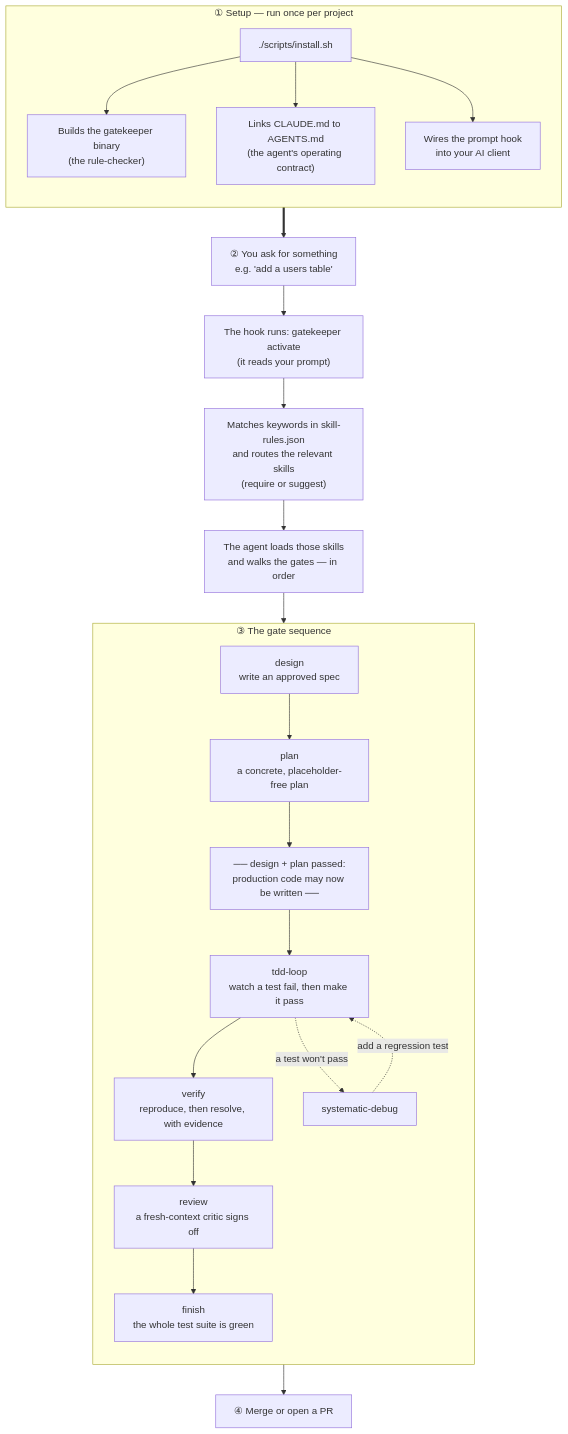
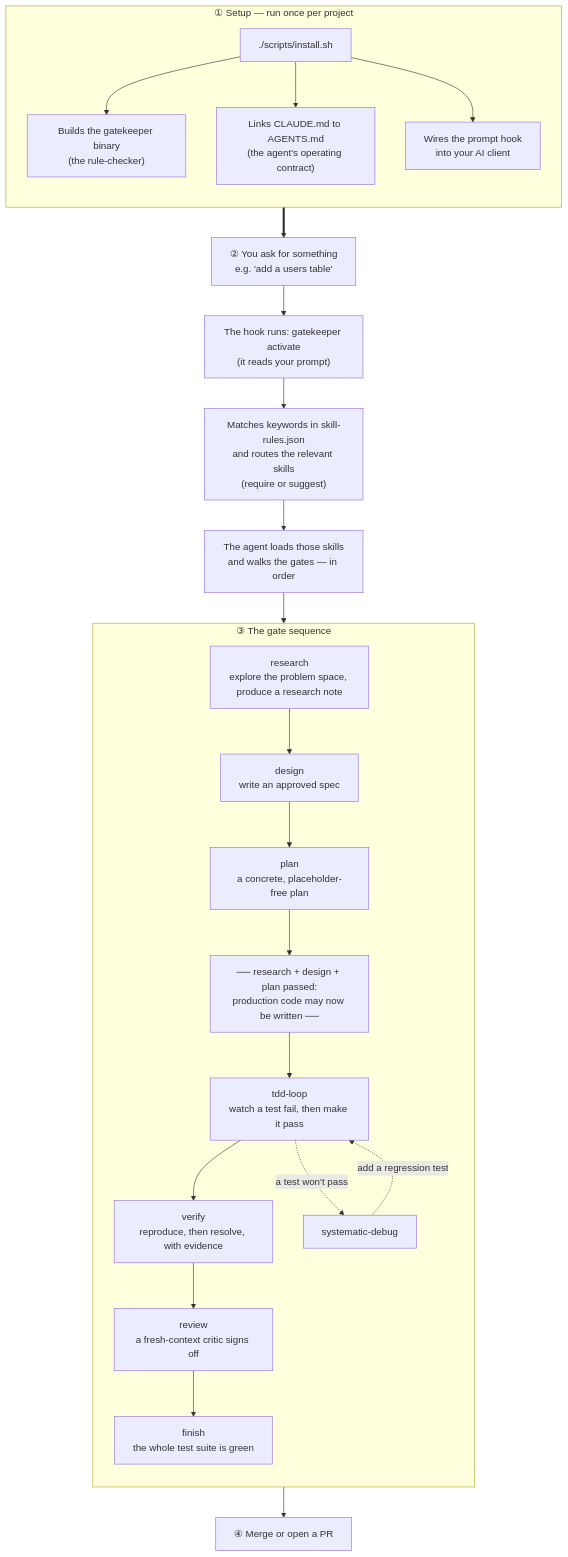
Before and after one commit to osxsystem/topology: the first of 2 diagrams in docs/HOW-IT-WORKS.md, drawn with Mermaid. The commit also changed other lines of this file and 2 other files, not shown here.

Commit message:
docs: propagate research gate across sequence docs; add compact instructions

````diff
--- a/docs/HOW-IT-WORKS.md
+++ b/docs/HOW-IT-WORKS.md
@@ -15,32 +15,33 @@
 ```mermaid
 flowchart TD
     subgraph SETUP["① Setup — run once per project"]
         direction TB
         INS["./scripts/install.sh"]
         INS --> B1["Builds the gatekeeper binary<br/>(the rule-checker)"]
         INS --> B2["Links CLAUDE.md to AGENTS.md<br/>(the agent's operating contract)"]
         INS --> B3["Wires the prompt hook<br/>into your AI client"]
     end
 
     SETUP ==> ASK["② You ask for something<br/>e.g. 'add a users table'"]
 
     ASK --> ACT["The hook runs: gatekeeper activate<br/>(it reads your prompt)"]
     ACT --> ROUTE["Matches keywords in skill-rules.json<br/>and routes the relevant skills<br/>(require or suggest)"]
     ROUTE --> WALK["The agent loads those skills<br/>and walks the gates — in order"]
 
-    WALK --> DESIGN
+    WALK --> RESEARCH
     subgraph SEQ["③ The gate sequence"]
         direction TB
+        RESEARCH["research<br/>explore the problem space, produce a research note"]
         DESIGN["design<br/>write an approved spec"]
         PLAN["plan<br/>a concrete, placeholder-free plan"]
-        GUARD["── design + plan passed:<br/>production code may now be written ──"]
+        GUARD["── research + design + plan passed:<br/>production code may now be written ──"]
         TDD["tdd-loop<br/>watch a test fail, then make it pass"]
         VERIFY["verify<br/>reproduce, then resolve, with evidence"]
         REVIEW["review<br/>a fresh-context critic signs off"]
         FINISH["finish<br/>the whole test suite is green"]
-        DESIGN --> PLAN --> GUARD --> TDD --> VERIFY --> REVIEW --> FINISH
+        RESEARCH --> DESIGN --> PLAN --> GUARD --> TDD --> VERIFY --> REVIEW --> FINISH
         TDD -. "a test won't pass" .-> DEBUG["systematic-debug"]
         DEBUG -. "add a regression test" .-> TDD
     end
     FINISH --> SHIP["④ Merge or open a PR"]
 ```
````
